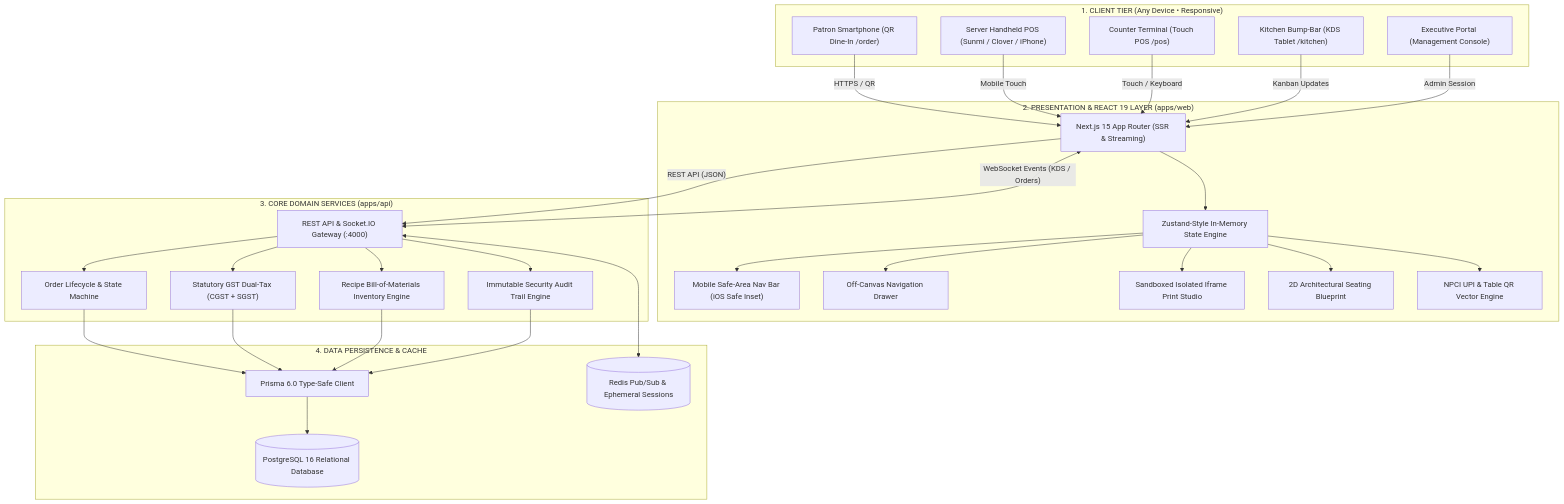
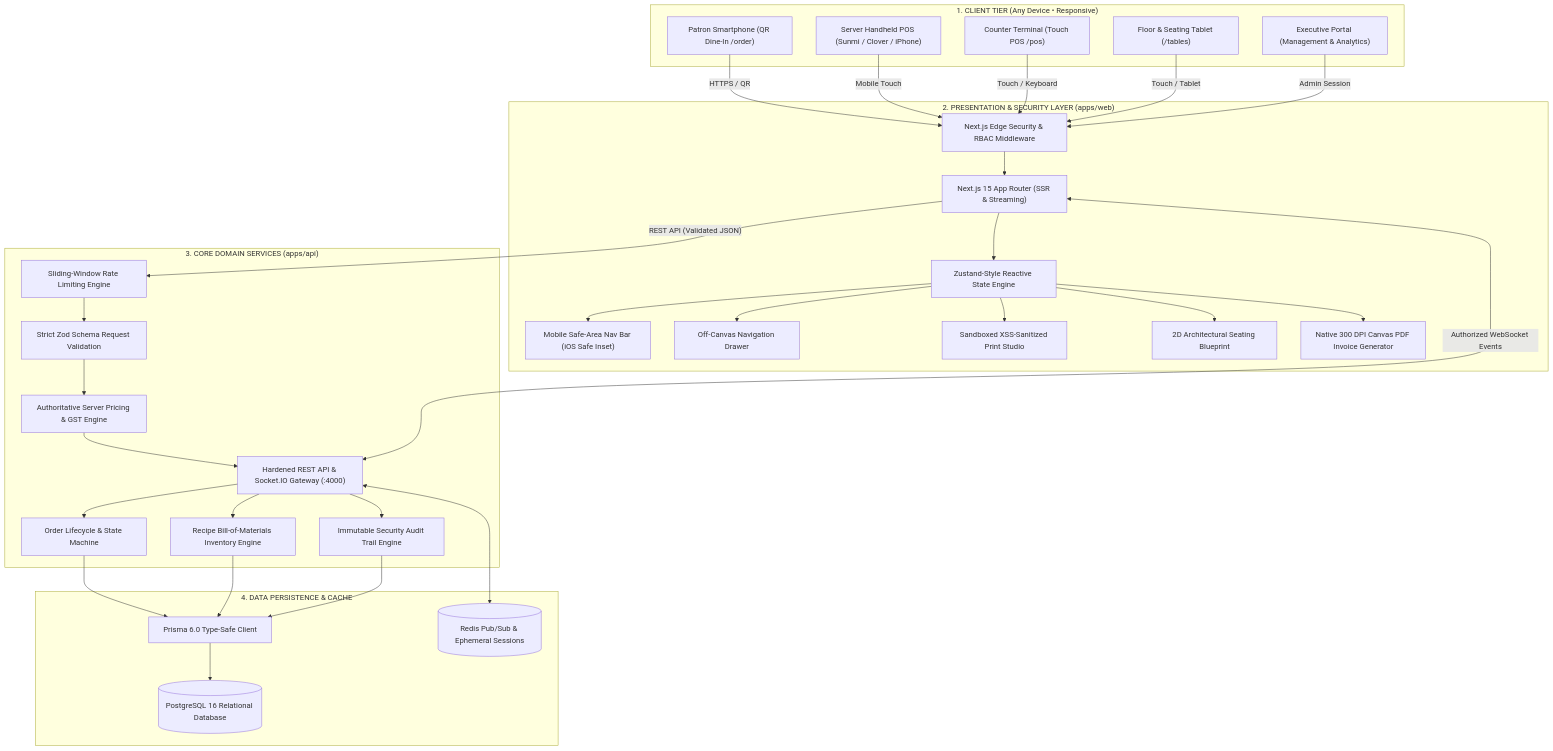
The first of 3 diagrams in README.md (Gautamgiri798/ORDRIVA), drawn with Mermaid before and after one commit. The commit also changed other lines of this file and 8 other files, not shown here.

````diff
--- a/README.md
+++ b/README.md
@@ -88,63 +92,68 @@
 ```mermaid
 flowchart TD
     subgraph Clients["1. CLIENT TIER (Any Device • Responsive)"]
         Patron["Patron Smartphone (QR Dine-In /order)"]
         Handheld["Server Handheld POS (Sunmi / Clover / iPhone)"]
         Counter["Counter Terminal (Touch POS /pos)"]
-        KDS["Kitchen Bump-Bar (KDS Tablet /kitchen)"]
-        Admin["Executive Portal (Management Console)"]
+        Manager["Floor & Seating Tablet (/tables)"]
+        Admin["Executive Portal (Management & Analytics)"]
     end
 
-    subgraph WebTier["2. PRESENTATION & REACT 19 LAYER (apps/web)"]
+    subgraph WebTier["2. PRESENTATION & SECURITY LAYER (apps/web)"]
+        EdgeMiddleware["Next.js Edge Security & RBAC Middleware"]
         NextRouter["Next.js 15 App Router (SSR & Streaming)"]
-        StateStore["Zustand-Style In-Memory State Engine"]
+        StateStore["Zustand-Style Reactive State Engine"]
         BottomNav["Mobile Safe-Area Nav Bar (iOS Safe Inset)"]
         OffCanvas["Off-Canvas Navigation Drawer"]
-        PrintStudio["Sandboxed Isolated Iframe Print Studio"]
+        PrintStudio["Sandboxed XSS-Sanitized Print Studio"]
         BlueprintEngine["2D Architectural Seating Blueprint"]
-        QRGenEngine["NPCI UPI & Table QR Vector Engine"]
+        PDFEngine["Native 300 DPI Canvas PDF Invoice Generator"]
     end
 
     subgraph ServiceTier["3. CORE DOMAIN SERVICES (apps/api)"]
-        APIGateway["REST API & Socket.IO Gateway (:4000)"]
+        RateLimiter["Sliding-Window Rate Limiting Engine"]
+        ZodValidator["Strict Zod Schema Request Validation"]
+        AuthoritativePricing["Authoritative Server Pricing & GST Engine"]
+        APIGateway["Hardened REST API & Socket.IO Gateway (:4000)"]
         OrderLifecycle["Order Lifecycle & State Machine"]
-        TaxEngine["Statutory GST Dual-Tax (CGST + SGST)"]
         InventoryBoM["Recipe Bill-of-Materials Inventory Engine"]
         AuditLedger["Immutable Security Audit Trail Engine"]
     end
 
     subgraph StorageTier["4. DATA PERSISTENCE & CACHE"]
         Prisma["Prisma 6.0 Type-Safe Client"]
         Postgres[("PostgreSQL 16 Relational Database")]
         RedisStore[("Redis Pub/Sub & Ephemeral Sessions")]
     end
 
-    Patron -->|"HTTPS / QR"| NextRouter
-    Handheld -->|"Mobile Touch"| NextRouter
-    Counter -->|"Touch / Keyboard"| NextRouter
-    KDS -->|"Kanban Updates"| NextRouter
-    Admin -->|"Admin Session"| NextRouter
+    Patron -->|"HTTPS / QR"| EdgeMiddleware
+    Handheld -->|"Mobile Touch"| EdgeMiddleware
+    Counter -->|"Touch / Keyboard"| EdgeMiddleware
+    Manager -->|"Touch / Tablet"| EdgeMiddleware
+    Admin -->|"Admin Session"| EdgeMiddleware
 
+    EdgeMiddleware --> NextRouter
     NextRouter --> StateStore
     StateStore --> BottomNav
     StateStore --> OffCanvas
     StateStore --> PrintStudio
     StateStore --> BlueprintEngine
-    StateStore --> QRGenEngine
+    StateStore --> PDFEngine
 
-    NextRouter -->|"REST API (JSON)"| APIGateway
-    NextRouter <-->|"WebSocket Events (KDS / Orders)"| APIGateway
+    NextRouter -->|"REST API (Validated JSON)"| RateLimiter
+    RateLimiter --> ZodValidator
+    ZodValidator --> AuthoritativePricing
+    AuthoritativePricing --> APIGateway
+    NextRouter <-->|"Authorized WebSocket Events"| APIGateway
 
     APIGateway --> OrderLifecycle
-    APIGateway --> TaxEngine
     APIGateway --> InventoryBoM
     APIGateway --> AuditLedger
 
     OrderLifecycle --> Prisma
-    TaxEngine --> Prisma
     InventoryBoM --> Prisma
     AuditLedger --> Prisma
 
     Prisma --> Postgres
     APIGateway <--> RedisStore
 ```
````
